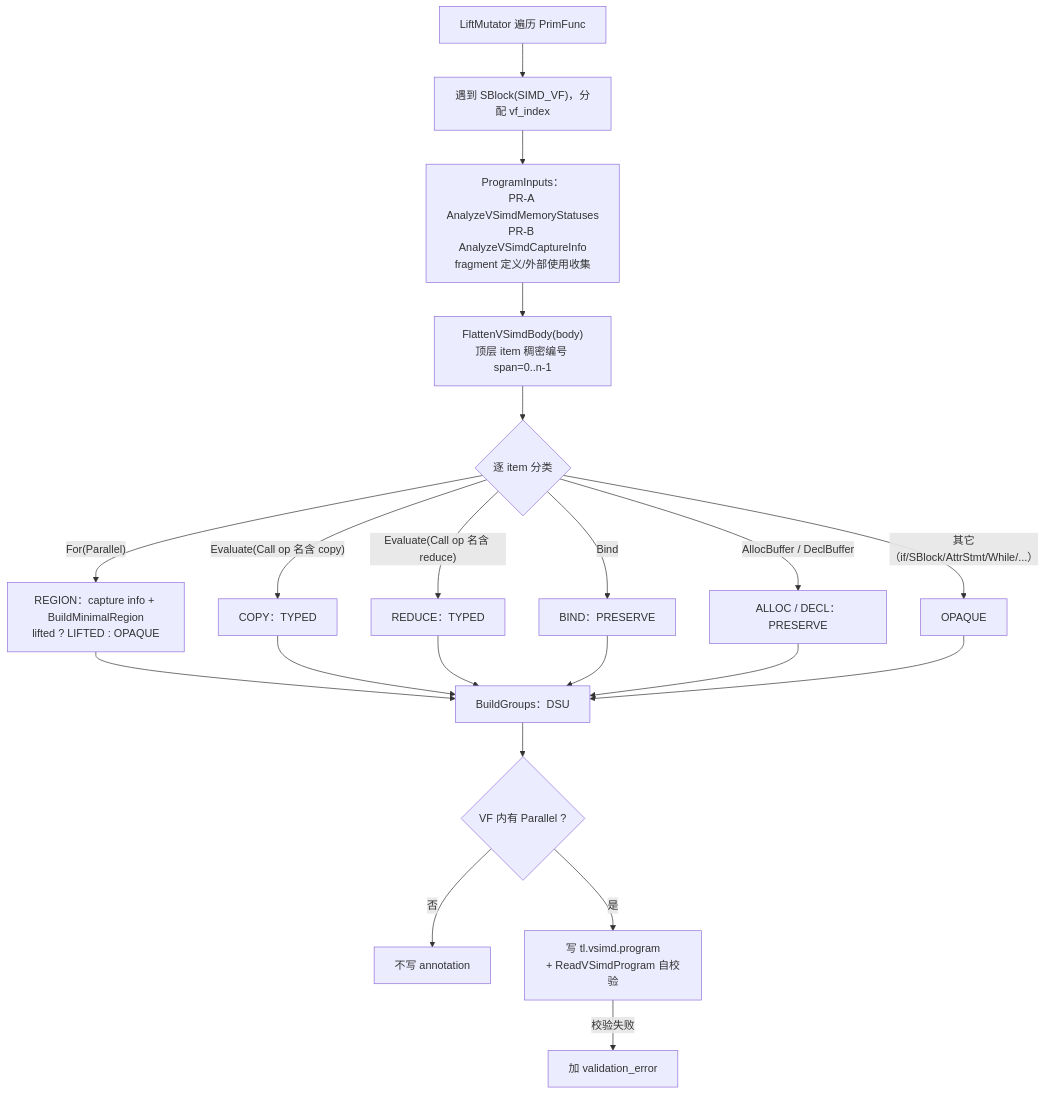
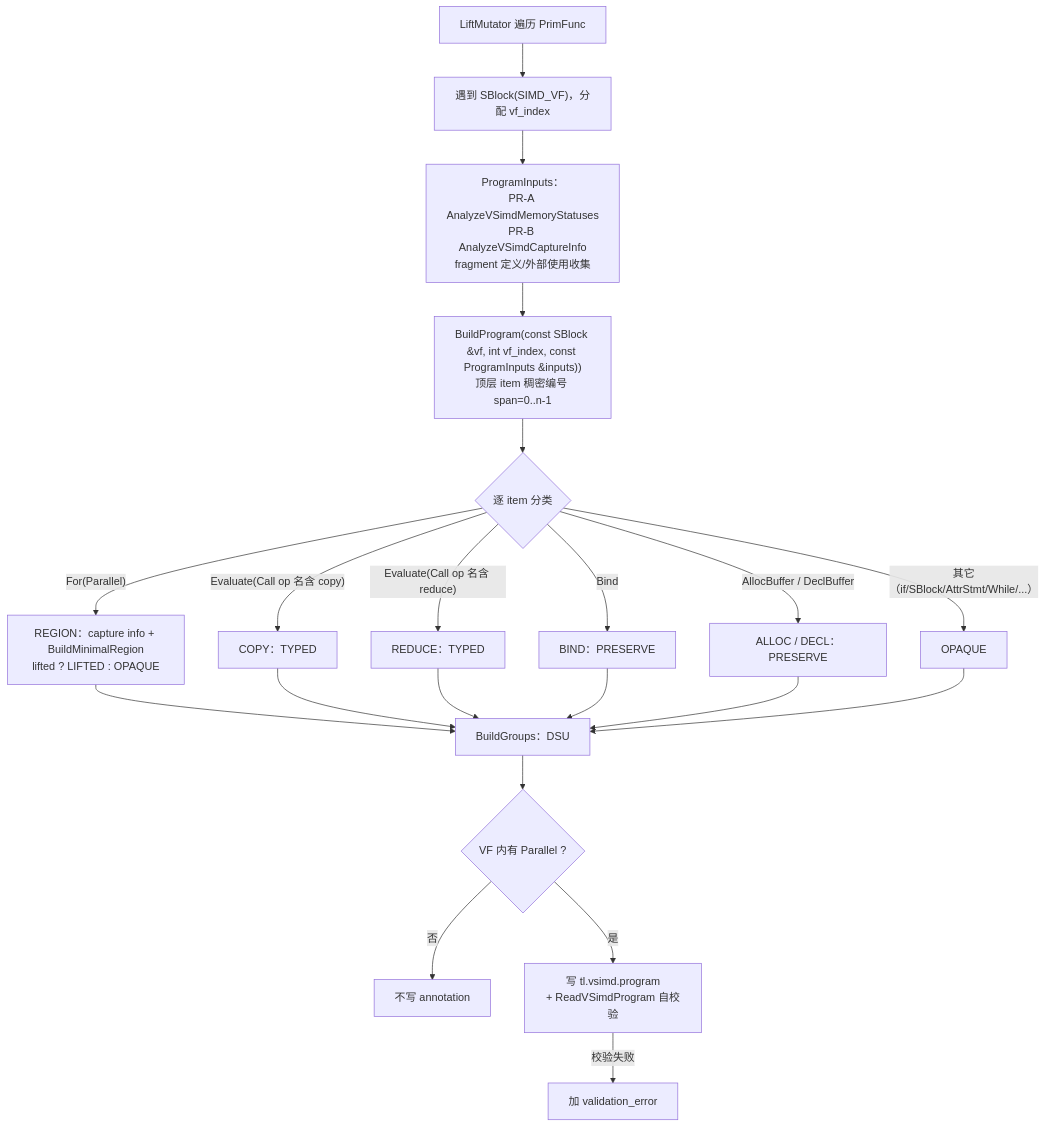
One commit to chenjiale1999/tilelang changed the second of 9 diagrams in docs/compiler_internals/p1_p2_p3_implementation_report.md. Above: the diagram before and after it, drawn with Mermaid. The commit also changed other lines of this file and 6 other files, not shown here.

````diff
--- a/docs/compiler_internals/p1_p2_p3_implementation_report.md
+++ b/docs/compiler_internals/p1_p2_p3_implementation_report.md
@@ -192,23 +213,23 @@
 ```mermaid
 flowchart TD
   A["LiftMutator 遍历 PrimFunc"] --> B["遇到 SBlock(SIMD_VF)，分配 vf_index"]
   B --> C["ProgramInputs：<br/>PR-A AnalyzeVSimdMemoryStatuses<br/>PR-B AnalyzeVSimdCaptureInfo<br/>fragment 定义/外部使用收集"]
-  C --> D["FlattenVSimdBody(body)<br/>顶层 item 稠密编号 span=0..n-1"]
+  C --> D["BuildProgram(const SBlock &vf, int vf_index, const ProgramInputs &inputs))<br/>顶层 item 稠密编号 span=0..n-1"]
   D --> E{"逐 item 分类"}
   E -->|"For(Parallel)"| F["REGION：capture info + BuildMinimalRegion<br/>lifted ? LIFTED : OPAQUE"]
   E -->|"Evaluate(Call op 名含 copy)"| G["COPY：TYPED"]
   E -->|"Evaluate(Call op 名含 reduce)"| H["REDUCE：TYPED"]
   E -->|"Bind"| I["BIND：PRESERVE"]
   E -->|"AllocBuffer / DeclBuffer"| J["ALLOC / DECL：PRESERVE"]
   E -->|"其它（if/SBlock/AttrStmt/While/...）"| K["OPAQUE"]
   F --> L["BuildGroups：DSU"]
   G --> L
   H --> L
   I --> L
   J --> L
   K --> L
   L --> M{"VF 内有 Parallel ?"}
   M -->|"否"| N["不写 annotation"]
   M -->|"是"| O["写 tl.vsimd.program<br/>+ ReadVSimdProgram 自校验"]
   O -->|"校验失败"| P["加 validation_error"]
 ```
````
